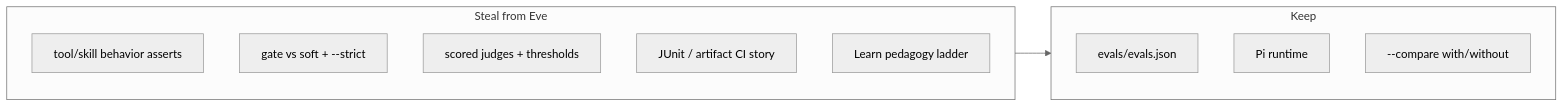
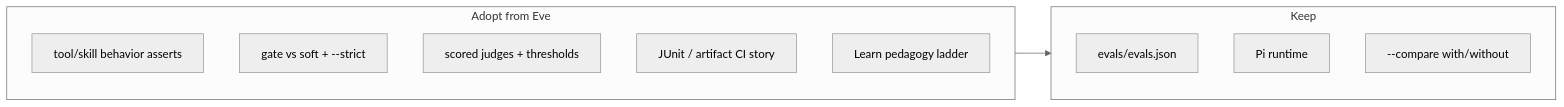
One commit to andysolomon/arc-skill-eval changed the first of 2 diagrams in docs/eve-eval-leverage.md. Above: the diagram before and after it, drawn with Mermaid (neutral theme). The commit also changed other lines of this file and 70 other files, not shown here.

````diff
--- a/docs/eve-eval-leverage.md
+++ b/docs/eve-eval-leverage.md
@@ -22,16 +22,16 @@
 ```mermaid
 flowchart LR
   subgraph keep [Keep]
     evalsJson["evals/evals.json"]
     pi["Pi runtime"]
     compare["--compare with/without"]
   end
-  subgraph steal [Steal from Eve]
+  subgraph adopt [Adopt from Eve]
     behavior["tool/skill behavior asserts"]
     severity["gate vs soft + --strict"]
     judge["scored judges + thresholds"]
     ci["JUnit / artifact CI story"]
     learn["Learn pedagogy ladder"]
   end
-  steal --> keep
+  adopt --> keep
 ```
````
